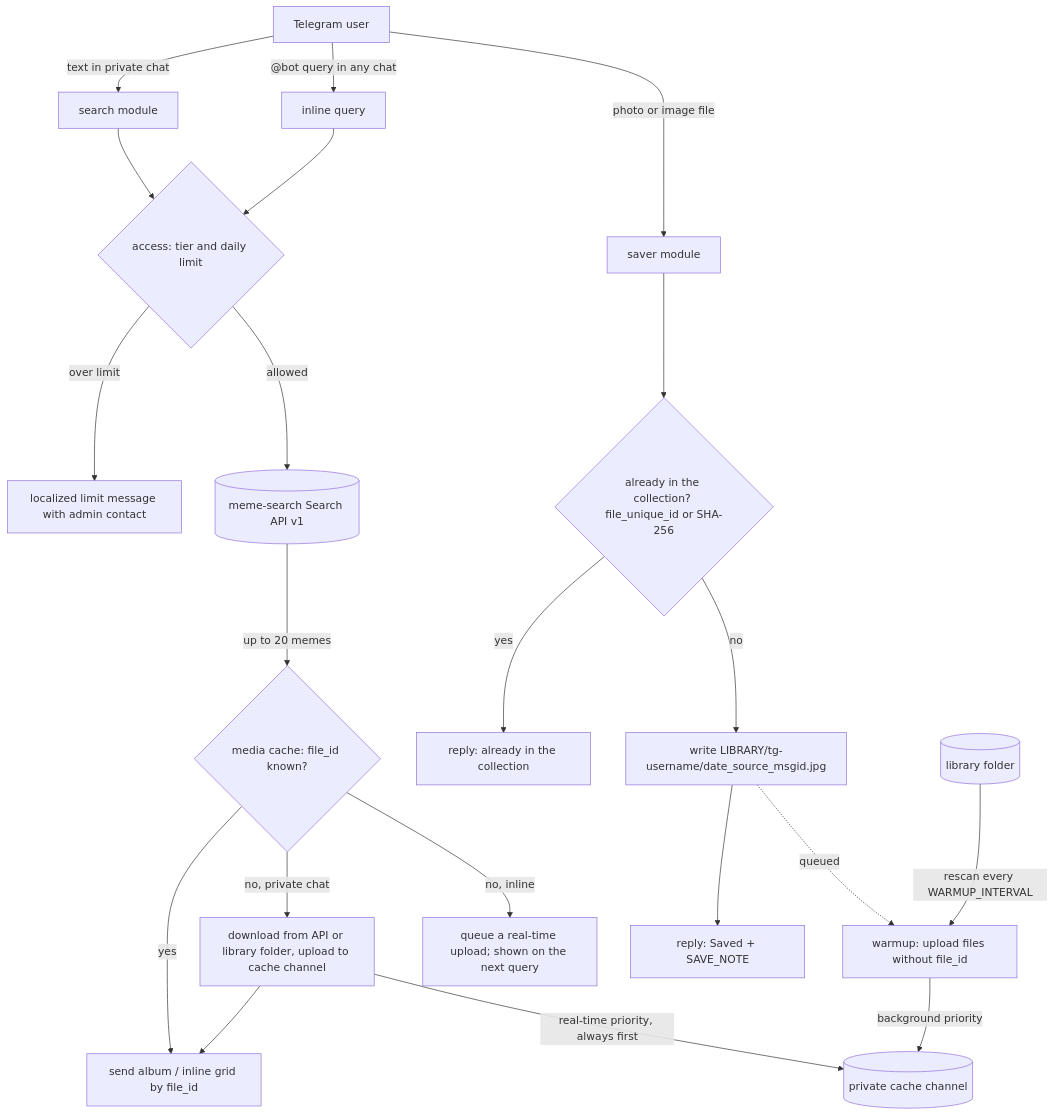
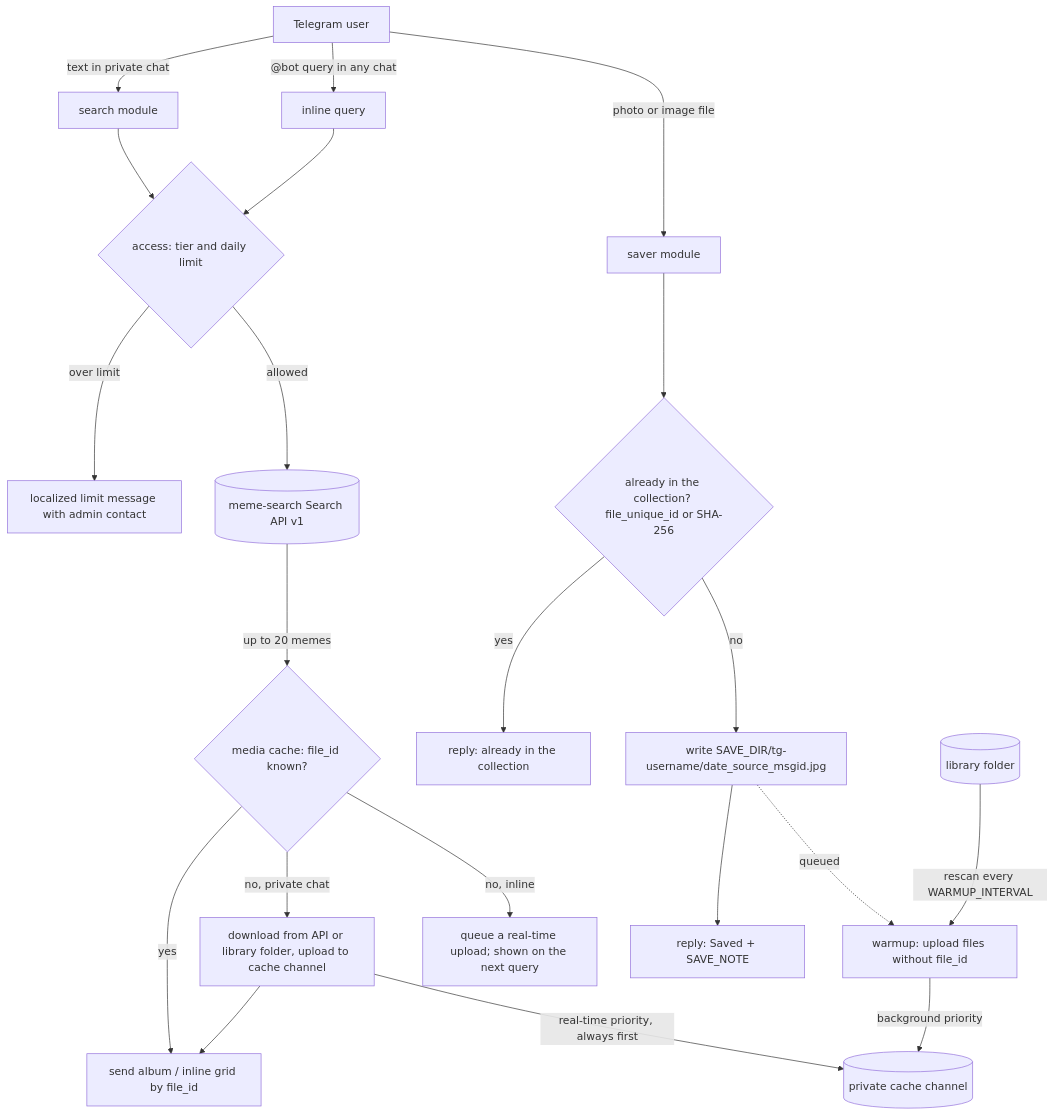
Before and after one commit to GRbit/meme-search-telegram-bot: the diagram in README.md, drawn with Mermaid. The commit also changed other lines of this file and 1 other file, not shown here.

Commit message:
docs: match README and embedding guide to the code
Saves go to SAVE_DIR, similar is not charged yet, and hosts must register overlapping text handlers first.

````diff
--- a/README.md
+++ b/README.md
@@ -18,27 +18,27 @@
 ```mermaid
 flowchart TD
     U[Telegram user] -->|text in private chat| S[search module]
     U -->|"@bot query" in any chat| I[inline query]
     U -->|photo or image file| SV[saver module]
 
     S --> A{access: tier and daily limit}
     I --> A
     A -->|over limit| D[localized limit message with admin contact]
     A -->|allowed| API[(meme-search Search API v1)]
     API -->|up to 20 memes| C{media cache: file_id known?}
 
     C -->|yes| SEND[send album / inline grid by file_id]
     C -->|no, private chat| UP[download from API or library folder, upload to cache channel]
     UP --> SEND
     C -->|no, inline| Q[queue a real-time upload; shown on the next query]
 
     SV --> K{already in the collection? file_unique_id or SHA-256}
     K -->|yes| R1[reply: already in the collection]
-    K -->|no| F[write LIBRARY/tg-username/date_source_msgid.jpg]
+    K -->|no| F[write SAVE_DIR/tg-username/date_source_msgid.jpg]
     F --> R2[reply: Saved + SAVE_NOTE]
     F -.queued.-> W
 
     L[(library folder)] -->|rescan every WARMUP_INTERVAL| W[warmup: upload files without file_id]
     W -->|background priority| CH[(private cache channel)]
     UP -->|real-time priority, always first| CH
 ```
````
